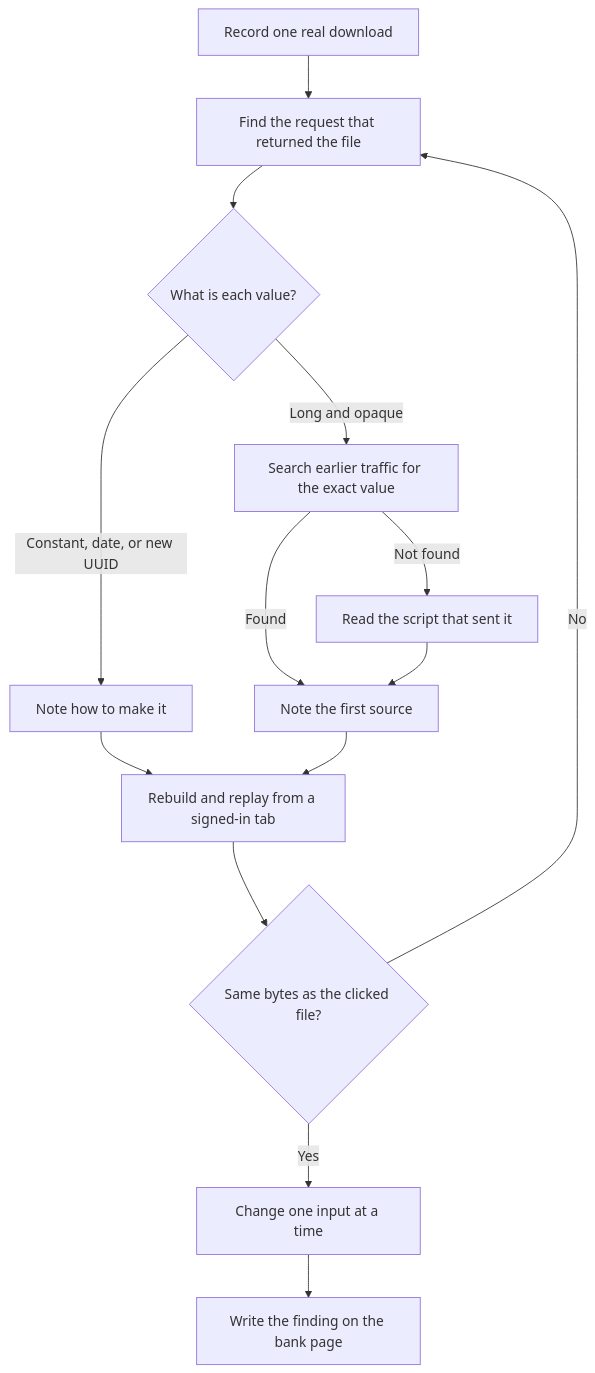
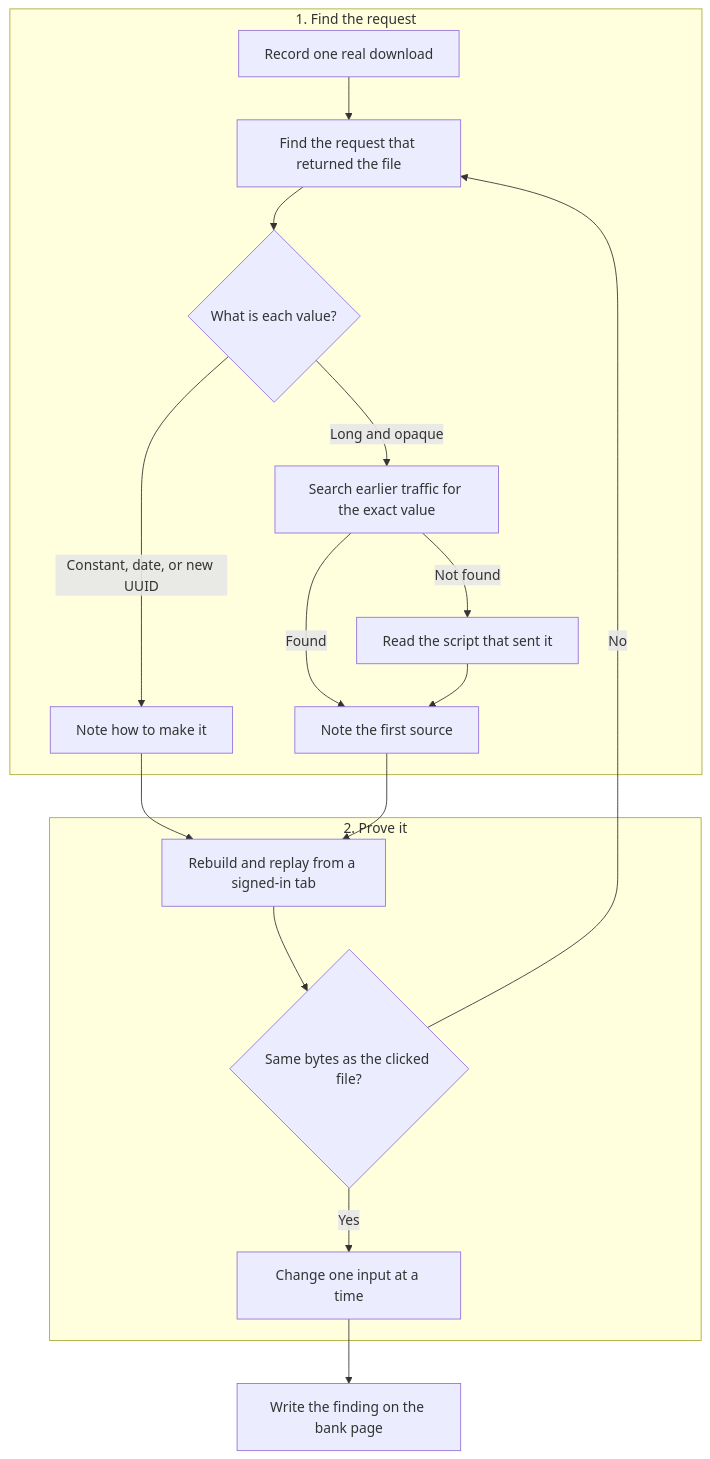
The second of 2 diagrams in docs/architecture/bank-requests/README.md (spinningyoyo/omsync), drawn with Mermaid before and after one commit. The commit also changed other lines of this file and 337 other files, not shown here.

````diff
--- a/docs/architecture/bank-requests/README.md
+++ b/docs/architecture/bank-requests/README.md
@@ -27,16 +28,20 @@
 ```mermaid
 flowchart TD
-    Record[Record one real download] --> Find[Find the request that returned the file]
-    Find --> Sort{What is each value?}
-    Sort -->|Constant, date, or new UUID| Rule[Note how to make it]
-    Sort -->|Long and opaque| Search[Search earlier traffic for the exact value]
-    Search -->|Found| Source[Note the first source]
-    Search -->|Not found| Script[Read the script that sent it]
-    Script --> Source
-    Rule --> Replay[Rebuild and replay from a signed-in tab]
+    subgraph Find ["1. Find the request"]
+        Record[Record one real download] --> Request[Find the request that returned the file]
+        Request --> Sort{What is each value?}
+        Sort -->|Constant, date, or new UUID| Rule[Note how to make it]
+        Sort -->|Long and opaque| Search[Search earlier traffic for the exact value]
+        Search -->|Not found| Script[Read the script that sent it]
+        Search -->|Found| Source[Note the first source]
+        Script --> Source
+    end
+    subgraph Prove ["2. Prove it"]
+        Replay[Rebuild and replay from a signed-in tab] --> Same{Same bytes as the clicked file?}
+        Same -->|Yes| Vary[Change one input at a time]
+    end
+    Rule --> Replay
     Source --> Replay
-    Replay --> Same{Same bytes as the clicked file?}
-    Same -->|Yes| Vary[Change one input at a time]
-    Same -->|No| Find
+    Same -->|No| Request
     Vary --> Write[Write the finding on the bank page]
 ```
````
